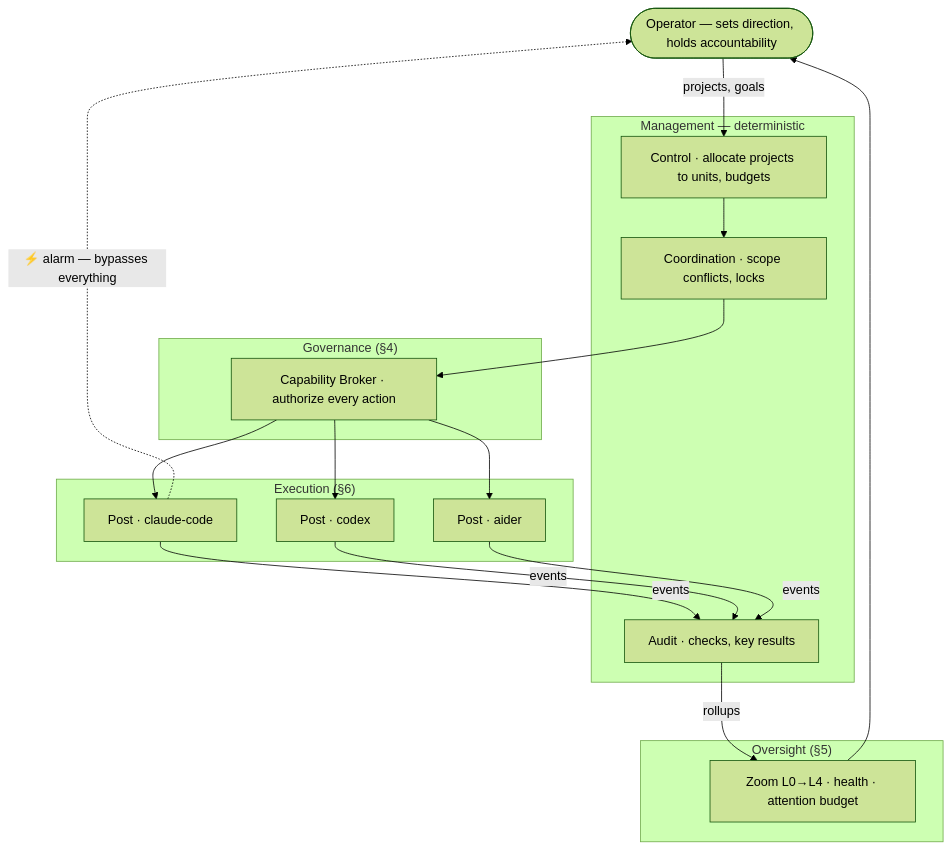
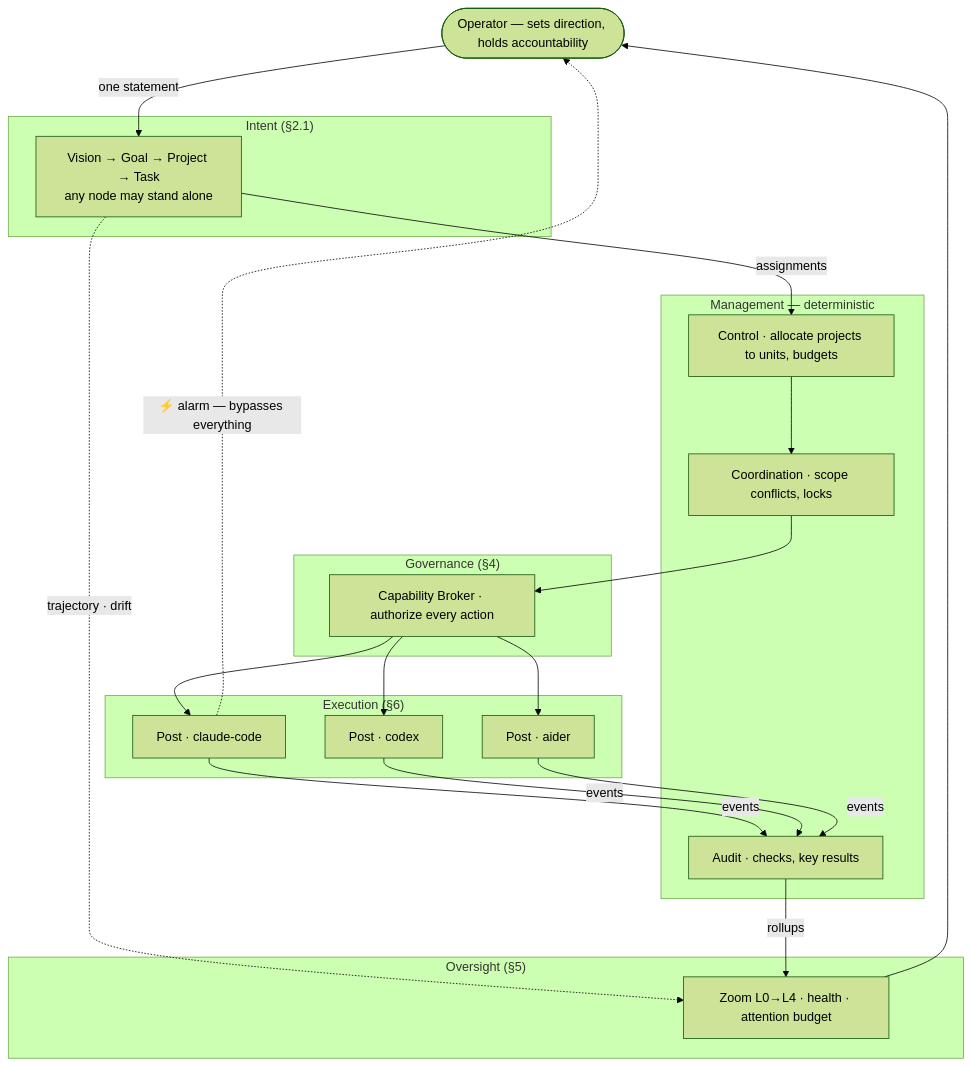
One commit to chandra-wijaya-setiawan/wecode changed the diagram in docs/architecture.md. Above: the diagram before and after it, drawn with Mermaid (forest theme). The commit also changed other lines of this file and 2 other files, not shown here.

First line of the commit message:
Add intent ontology: one recursive hierarchy for goals and tasks

````diff
--- a/docs/architecture.md
+++ b/docs/architecture.md
@@ -14,32 +15,38 @@
 ```mermaid
 flowchart TB
     op(["Operator — sets direction, holds accountability"])
 
     subgraph OV["Oversight (§5)"]
         tui["Zoom L0→L4 · health · attention budget"]
     end
 
     subgraph MGMT["Management — deterministic"]
         ctl["Control · allocate projects to units, budgets"]
         crd["Coordination · scope conflicts, locks"]
         aud["Audit · checks, key results"]
     end
 
     subgraph GOV["Governance (§4)"]
         brk["Capability Broker · authorize every action"]
     end
 
     subgraph EXEC["Execution (§6)"]
         p1["Post · claude-code"]
         p2["Post · codex"]
         p3["Post · aider"]
     end
 
-    op -->|"projects, goals"| ctl
+    subgraph INT["Intent (§2.1)"]
+        tree["Vision → Goal → Project → Task<br/>any node may stand alone"]
+    end
+
+    op -->|"one statement"| tree
+    tree -->|"assignments"| ctl
+    tree -.->|"trajectory · drift"| tui
     tui --> op
     ctl --> crd --> brk
     brk --> p1 & p2 & p3
     p1 & p2 & p3 -->|"events"| aud
     aud -->|"rollups"| tui
     p1 -.->|"⚡ alarm — bypasses everything"| op
 ```
````
